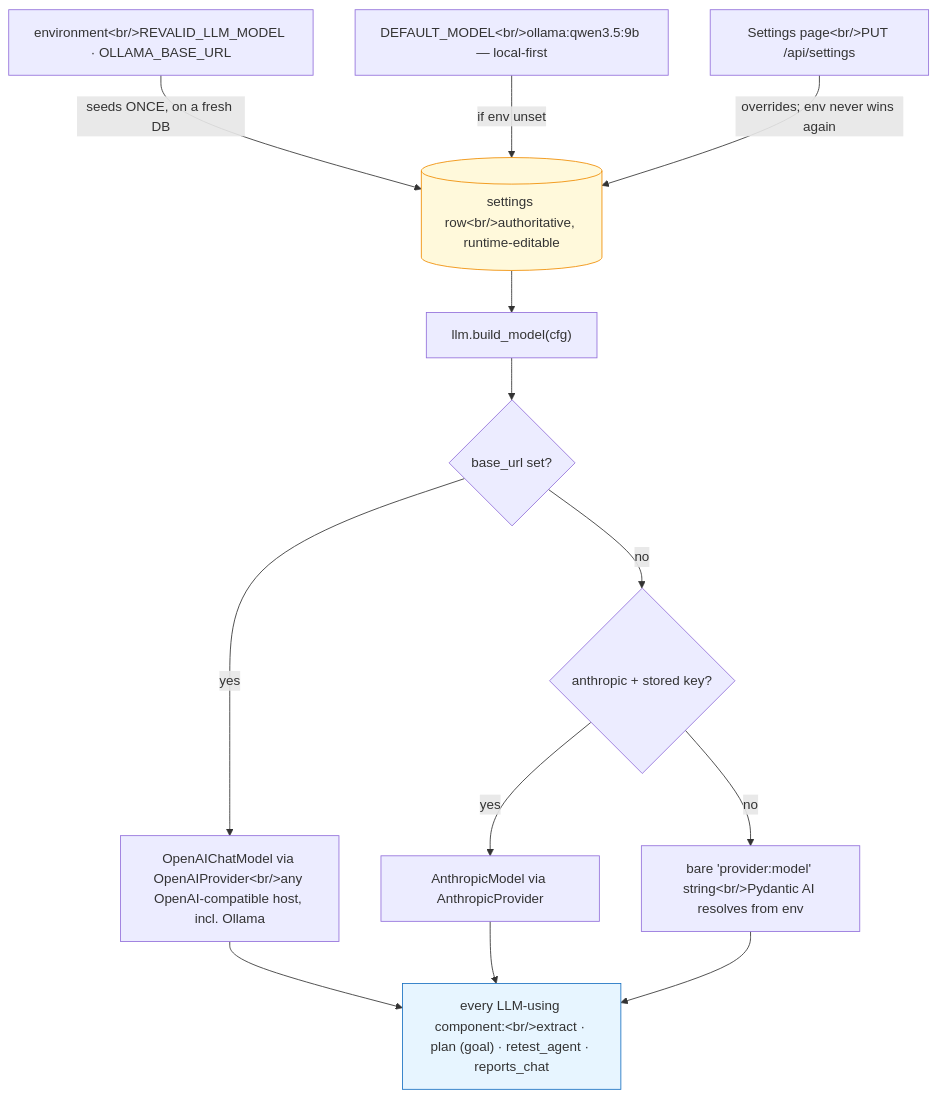
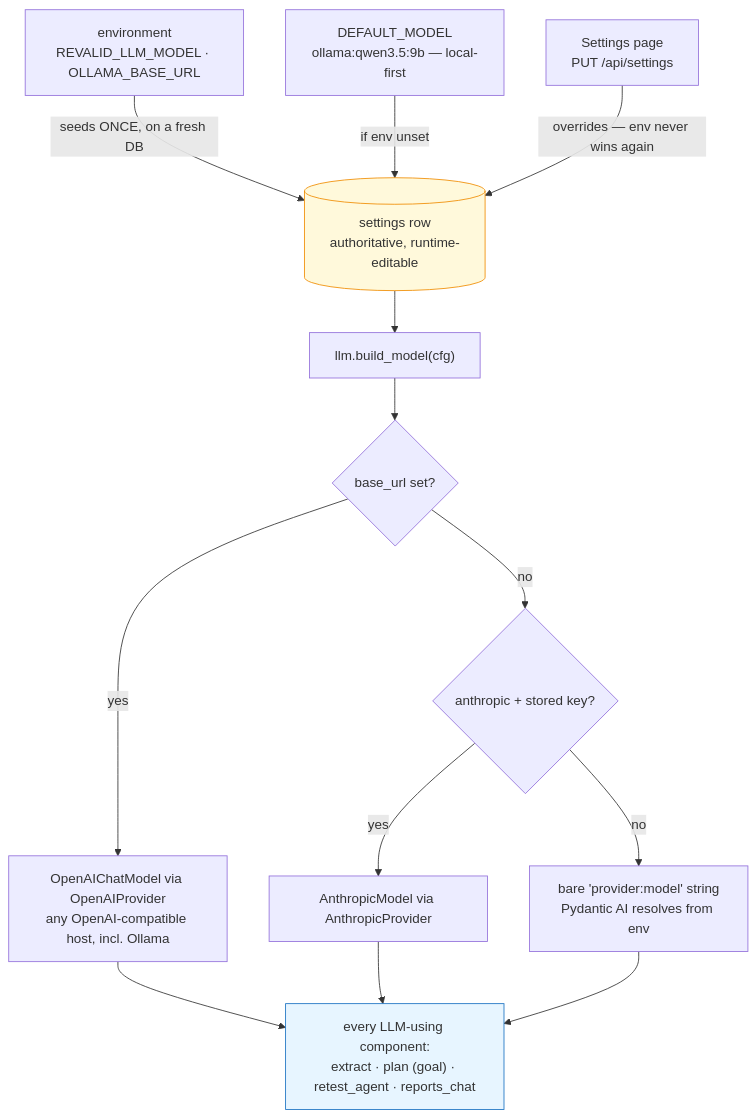
Before and after one commit to SelfishCoconut/revalid: the third of 5 diagrams in docs/architecture/subsystem-flows.md, drawn with Mermaid. The commit also changed other lines of this file and 5 other files, not shown here.

First line of the commit message:
fix(docs): every mermaid diagram rendered as a "Syntax error" bomb (#154) (#155)

````diff
--- a/docs/architecture/subsystem-flows.md
+++ b/docs/architecture/subsystem-flows.md
@@ -103,22 +103,22 @@
 ```mermaid
 flowchart TB
-    ENV["environment&lt;br/&gt;REVALID_LLM_MODEL · OLLAMA_BASE_URL"] -->|"seeds ONCE, on a fresh DB"| ROW
-    DEF["DEFAULT_MODEL&lt;br/&gt;ollama:qwen3.5:9b — local-first"] -->|"if env unset"| ROW
-    ROW[("settings row&lt;br/&gt;authoritative, runtime-editable")]
-    UI["Settings page&lt;br/&gt;PUT /api/settings"] -->|"overrides; env never wins again"| ROW
+    ENV["environment<br/>REVALID_LLM_MODEL · OLLAMA_BASE_URL"] -->|"seeds ONCE, on a fresh DB"| ROW
+    DEF["DEFAULT_MODEL<br/>ollama:qwen3.5:9b — local-first"] -->|"if env unset"| ROW
+    ROW[("settings row<br/>authoritative, runtime-editable")]
+    UI["Settings page<br/>PUT /api/settings"] -->|"overrides — env never wins again"| ROW
 
     ROW --> BM["llm.build_model(cfg)"]
     BM --> D1{"base_url set?"}
-    D1 -->|yes| OAI["OpenAIChatModel via OpenAIProvider&lt;br/&gt;any OpenAI-compatible host, incl. Ollama"]
+    D1 -->|yes| OAI["OpenAIChatModel via OpenAIProvider<br/>any OpenAI-compatible host, incl. Ollama"]
     D1 -->|no| D2{"anthropic + stored key?"}
     D2 -->|yes| ANT["AnthropicModel via AnthropicProvider"]
-    D2 -->|no| STR["bare 'provider:model' string&lt;br/&gt;Pydantic AI resolves from env"]
+    D2 -->|no| STR["bare 'provider:model' string<br/>Pydantic AI resolves from env"]
 
     OAI --> USERS
     ANT --> USERS
     STR --> USERS
-    USERS["every LLM-using component:&lt;br/&gt;extract · plan (goal) · retest_agent · reports_chat"]
+    USERS["every LLM-using component:<br/>extract · plan (goal) · retest_agent · reports_chat"]
 
     style ROW fill:#fff9db,stroke:#f08c00
     style USERS fill:#e7f5ff,stroke:#1971c2
 ```
````
